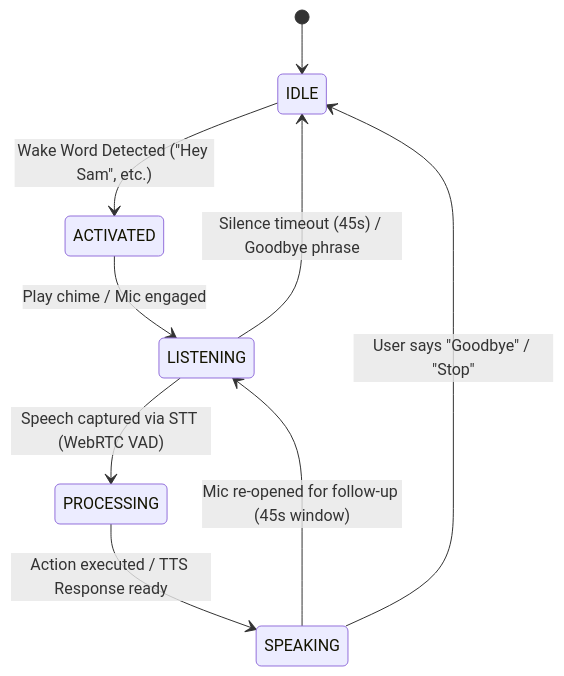
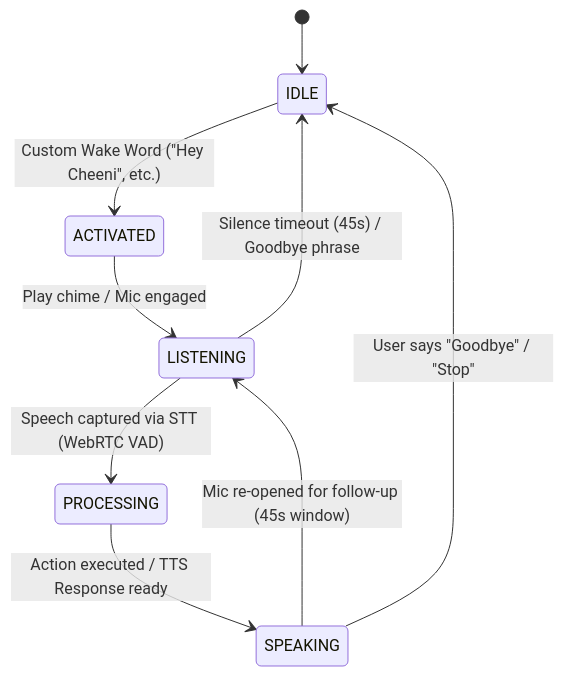
The first of 2 diagrams in README.md (wraith-klu/Cheeni), drawn with Mermaid before and after one commit. The commit also changed other lines of this file, not shown here.

````diff
--- a/README.md
+++ b/README.md
@@ -41,11 +41,11 @@
 ```mermaid
 stateDiagram-v2
     [*] --> IDLE
-    IDLE --> ACTIVATED: Wake Word Detected ("Hey Sam", etc.)
+    IDLE --> ACTIVATED: Custom Wake Word ("Hey Cheeni", etc.)
     ACTIVATED --> LISTENING: Play chime / Mic engaged
     LISTENING --> PROCESSING: Speech captured via STT (WebRTC VAD)
     PROCESSING --> SPEAKING: Action executed / TTS Response ready
     SPEAKING --> LISTENING: Mic re-opened for follow-up (45s window)
     LISTENING --> IDLE: Silence timeout (45s) / Goodbye phrase
     SPEAKING --> IDLE: User says "Goodbye" / "Stop"
 ```
````
